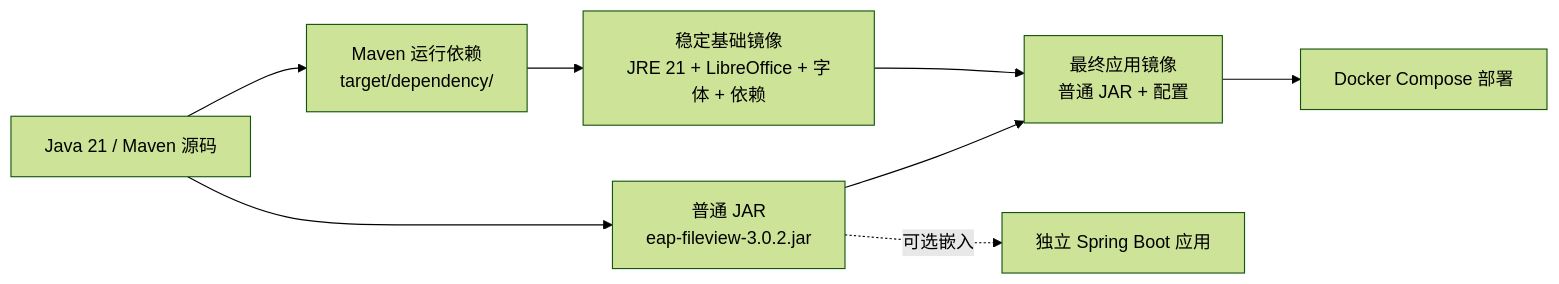
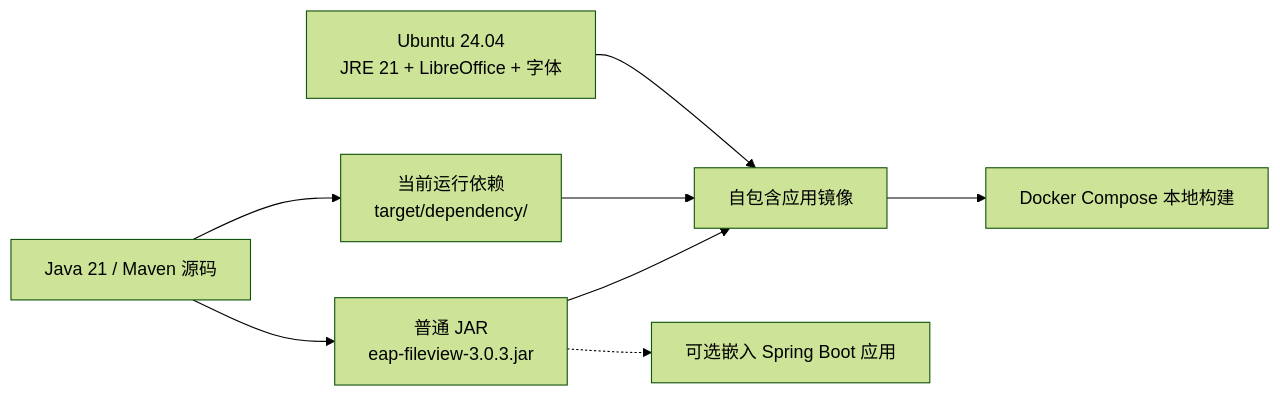
Before and after one commit to eaopen/eap-fileview: the diagram in README.cn.md, drawn with Mermaid (forest theme). The commit also changed other lines of this file and 13 other files, not shown here.

First line of the commit message:
build(fileview): upgrade Spring Boot 4.1.2 and aligned runtime dependencies (#4)

````diff
--- a/README.cn.md
+++ b/README.cn.md
@@ -55,10 +55,10 @@
 ```mermaid
 flowchart LR
-    src["Java 21 / Maven 源码"] --> jar["普通 JAR<br/>eap-fileview-3.0.2.jar"]
-    src --> deps["Maven 运行依赖<br/>target/dependency/"]
-    deps --> base["稳定基础镜像<br/>JRE 21 + LibreOffice + 字体 + 依赖"]
-    jar --> app["最终应用镜像<br/>普通 JAR + 配置"]
-    base --> app
-    jar -.->|"可选嵌入"| consumer["独立 Spring Boot 应用"]
-    app --> compose["Docker Compose 部署"]
+    src["Java 21 / Maven 源码"] --> jar["普通 JAR<br/>eap-fileview-3.0.3.jar"]
+    src --> deps["当前运行依赖<br/>target/dependency/"]
+    env["Ubuntu 24.04<br/>JRE 21 + LibreOffice + 字体"] --> app["自包含应用镜像"]
+    deps --> app
+    jar --> app
+    jar -.-> consumer["可选嵌入 Spring Boot 应用"]
+    app --> compose["Docker Compose 本地构建"]
 ```
````
